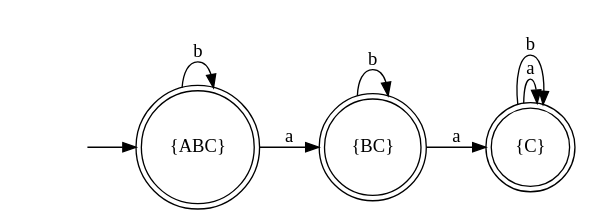
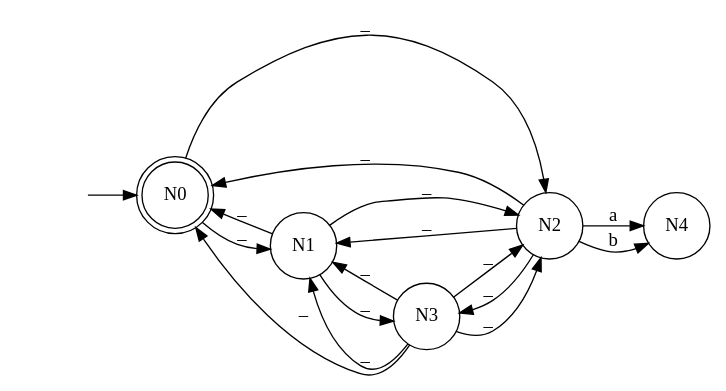
One commit to bobirok/Automata-ALE2 changed the diagram in ALE2/ALE2/bin/Debug/abc.dot. Above: the diagram before and after it, drawn with Graphviz. The commit also changed 37 other files, not shown here.

```diff
--- a/ALE2/ALE2/bin/Debug/abc.dot
+++ b/ALE2/ALE2/bin/Debug/abc.dot
@@ -1,14 +1,25 @@
 digraph myAutomaton {
 rankdir=LR;
 " " [shape=none]
-"{ABC}" [shape=doublecircle]
-"{BC}" [shape=doublecircle]
-"{C}" [shape=doublecircle]
+"N0" [shape=doublecircle]
+"N1" [shape=circle]
+"N2" [shape=circle]
+"N3" [shape=circle]
+"N4" [shape=circle]
 
-" " -> "{ABC}""{ABC}" -> "{BC}"[label="a"]
-"{ABC}" -> "{ABC}"[label="b"]
-"{BC}" -> "{C}"[label="a"]
-"{BC}" -> "{BC}"[label="b"]
-"{C}" -> "{C}"[label="a"]
-"{C}" -> "{C}"[label="b"]
+" " -> "N0""N0" -> "N2"[label="_"]
+"N0" -> "N1"[label="_"]
+"N3" -> "N1"[label="_"]
+"N3" -> "N2"[label="_"]
+"N1" -> "N0"[label="_"]
+"N1" -> "N2"[label="_"]
+"N1" -> "N3"[label="_"]
+"N2" -> "N3"[label="_"]
+"N2" -> "N0"[label="_"]
+"N2" -> "N1"[label="_"]
+"N3" -> "N2"[label="_"]
+"N3" -> "N0"[label="_"]
+"N3" -> "N1"[label="_"]
+"N2" -> "N4"[label="a"]
+"N2" -> "N4"[label="b"]
 }
```
